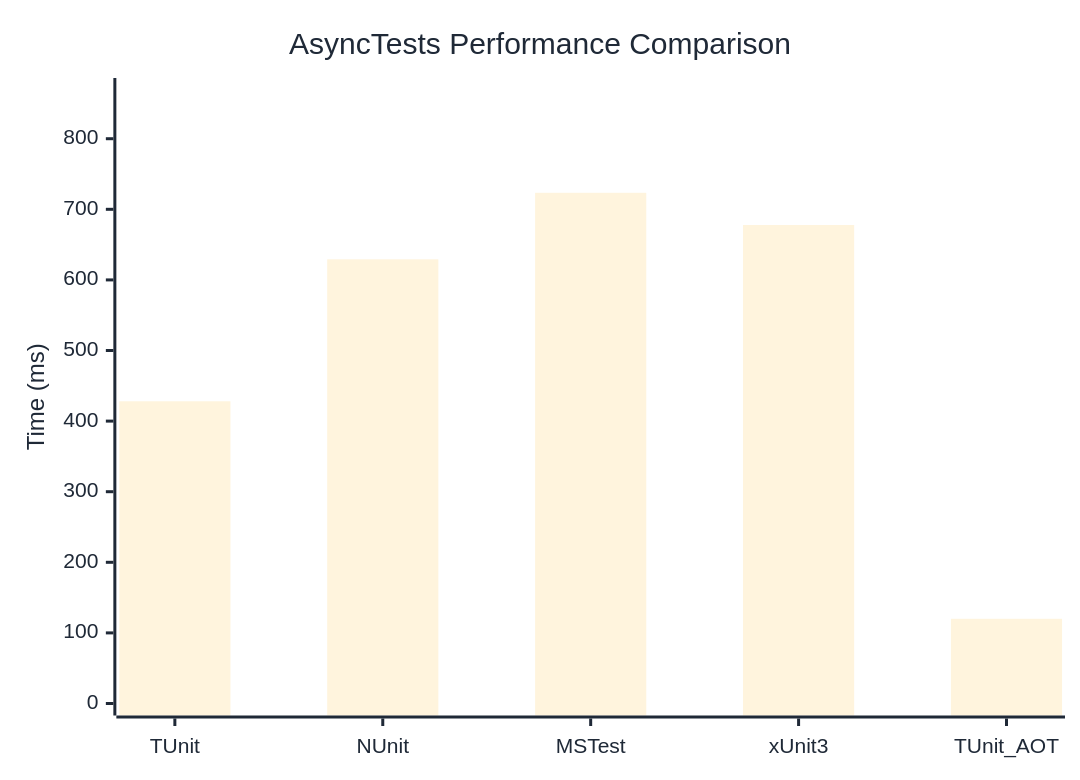
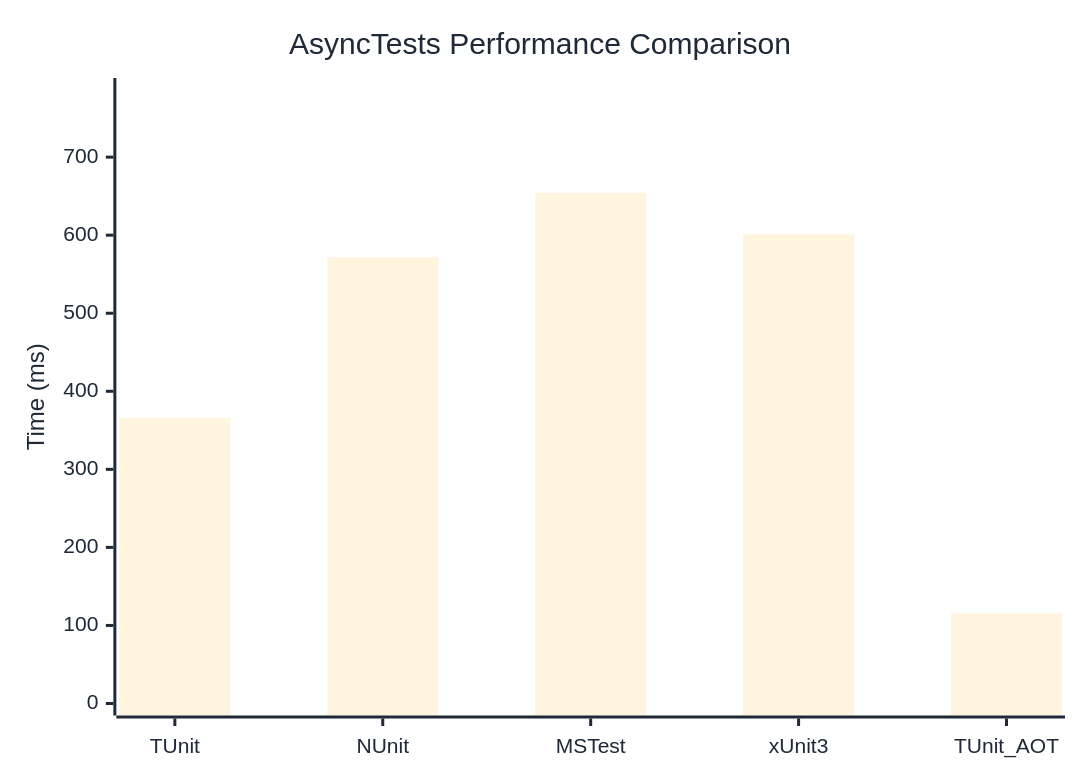
One commit to thomhurst/TUnit changed the diagram in docs/docs/benchmarks/engine/AsyncTests.md. Above: the diagram before and after it, drawn with Mermaid. The commit also changed other lines of this file and 18 other files, not shown here.

````diff
--- a/docs/docs/benchmarks/engine/AsyncTests.md
+++ b/docs/docs/benchmarks/engine/AsyncTests.md
@@ -29,37 +29,37 @@
 ```mermaid
 %%{init: {
   'theme':'base',
   'themeVariables': {
     'primaryColor': '#2563eb',
     'primaryTextColor': '#1f2937',
     'primaryBorderColor': '#1e40af',
     'lineColor': '#6b7280',
     'secondaryColor': '#7c3aed',
     'tertiaryColor': '#dc2626',
     'background': '#ffffff',
     'mainBkg': '#2563eb',
     'secondBkg': '#7c3aed',
     'tertiaryBkg': '#dc2626',
     'clusterBkg': '#f3f4f6',
     'edgeLabelBackground': '#ffffff',
     'tertiaryTextColor': '#1f2937',
     'pie1': '#2563eb',
     'pie2': '#7c3aed',
     'pie3': '#dc2626',
     'pie4': '#f59e0b',
     'pie5': '#10b981',
     'pie6': '#06b6d4',
     'pie7': '#ec4899',
     'pie8': '#6366f1',
     'pie9': '#84cc16',
     'pie10': '#f97316',
     'pie11': '#14b8a6',
     'pie12': '#a855f7'
   }
 }}%%
 xychart-beta
   title "AsyncTests Performance Comparison"
   x-axis ["TUnit", "NUnit", "MSTest", "xUnit3", "TUnit_AOT"]
-  y-axis "Time (ms)" 0 --> 869
-  bar [428.1, 629.2, 723.4, 677.8, 120]
+  y-axis "Time (ms)" 0 --> 786
+  bar [365.8, 571.7, 654.4, 601.1, 115.4]
 ```
````
